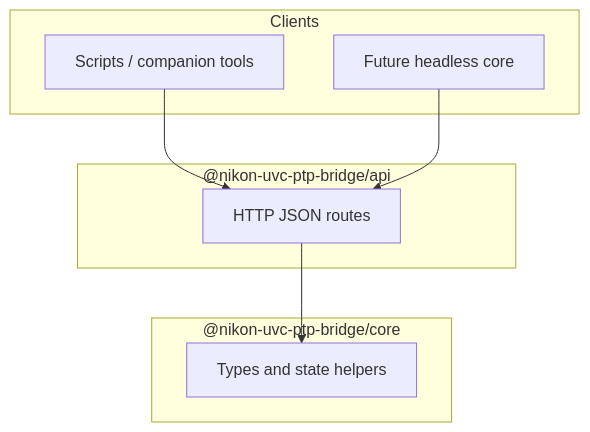
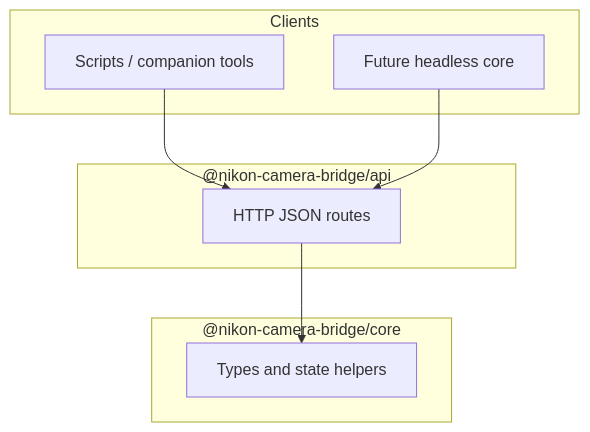
The diagram in packages/api/README.md (AMDphreak/nikon-camera-bridge), drawn with Mermaid before and after one commit. The commit also changed other lines of this file and 26 other files, not shown here.

First line of the commit message:
Rename project to nikon-camera-bridge (repo slug, pnpm scope, branding)

````diff
--- a/packages/api/README.md
+++ b/packages/api/README.md
@@ -9,19 +9,19 @@
 ```mermaid
 flowchart TB
   subgraph apps["Clients"]
     Script[Scripts / companion tools]
     FutureGUI[Future headless core]
   end
 
-  subgraph api["@nikon-uvc-ptp-bridge/api"]
+  subgraph api["@nikon-camera-bridge/api"]
     HTTP[HTTP JSON routes]
   end
 
-  subgraph core["@nikon-uvc-ptp-bridge/core"]
+  subgraph core["@nikon-camera-bridge/core"]
     Types[Types and state helpers]
   end
 
   Script --> HTTP
   FutureGUI --> HTTP
   HTTP --> Types
 ```
````
